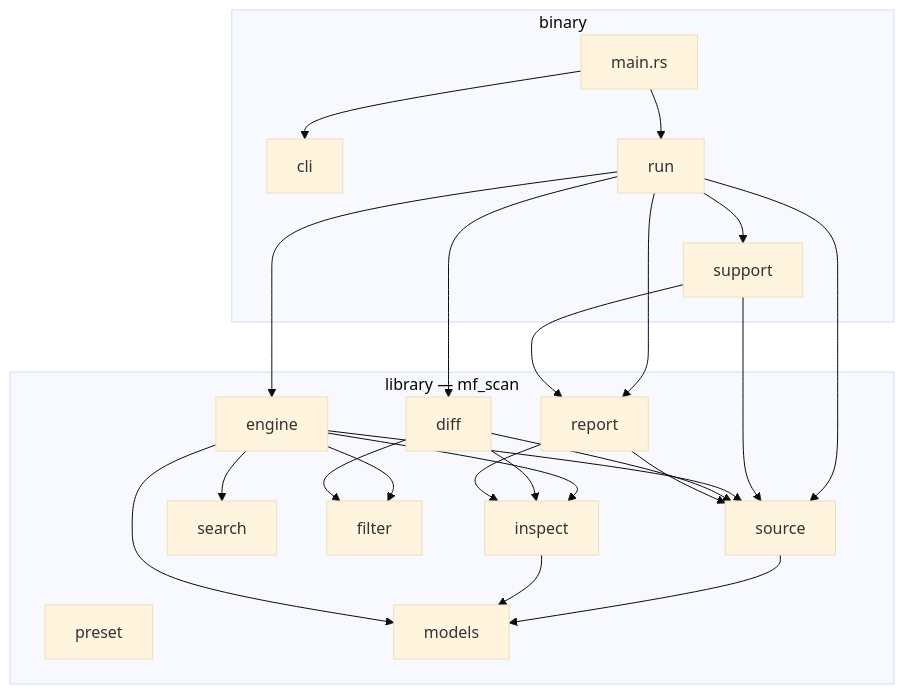
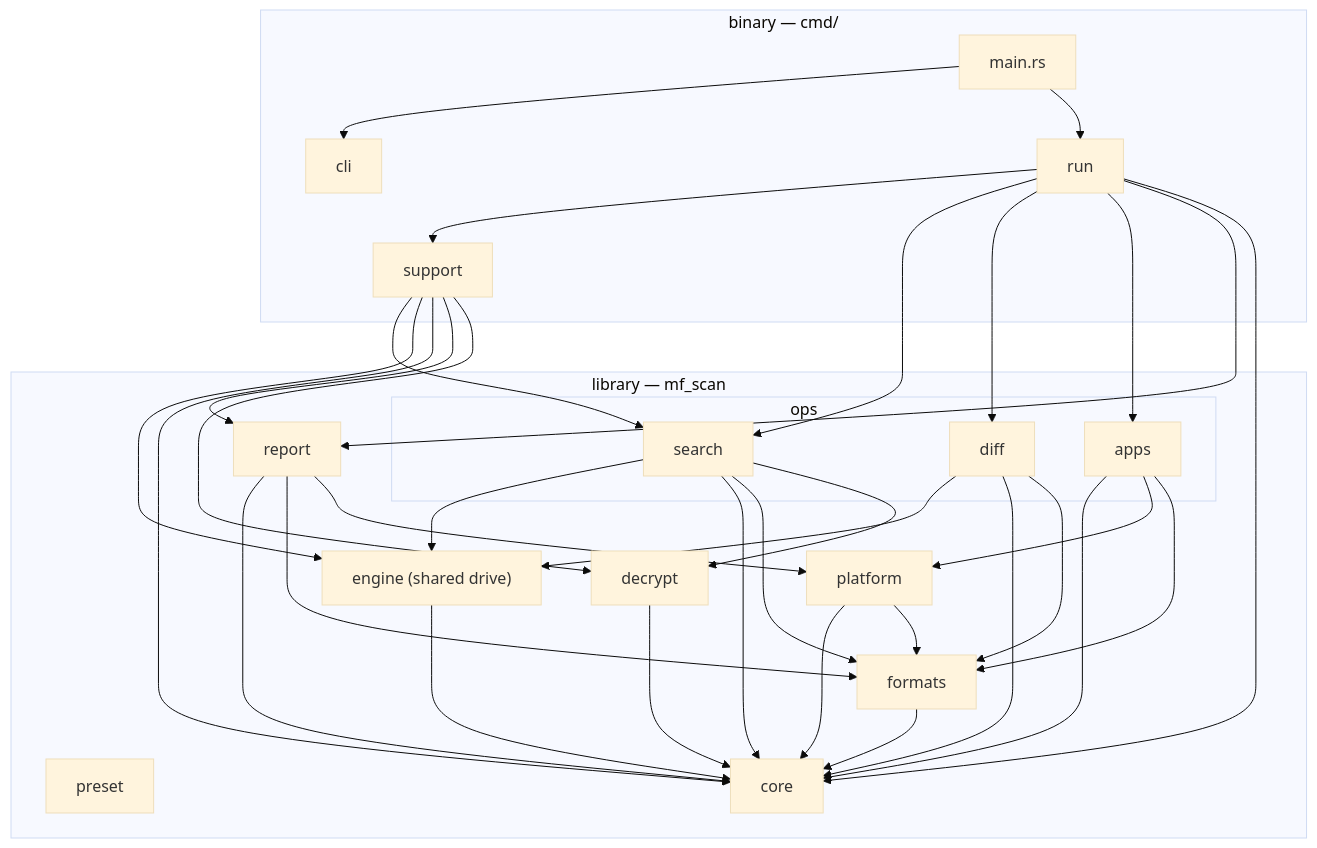
The first of 2 diagrams in docs/architecture.md (Ben0x0a/mf-scan), drawn with Mermaid (base theme) before and after one commit. The commit also changed other lines of this file and 198 other files, not shown here.

````diff
--- a/docs/architecture.md
+++ b/docs/architecture.md
@@ -77,37 +91,50 @@
 ```mermaid
 flowchart TD
-    subgraph binary
+    subgraph binary["binary — cmd/"]
         main[main.rs] --> cli
         main --> run
         run --> support
     end
     subgraph library["library — mf_scan"]
-        engine
-        diff
-        source
-        search
-        filter
-        inspect
+        engine["engine (shared drive)"]
+        subgraph ops["ops"]
+            search["search"]
+            diff["diff"]
+            apps["apps"]
+        end
+        formats
         report
         preset
-        models
+        decrypt
+        platform
+        core
     end
-    run --> engine
+    run --> search
     run --> diff
+    run --> apps
     run --> report
-    run --> source
-    support --> source
+    run --> core
+    support --> search
+    support --> engine
+    support --> core
     support --> report
-    engine --> source
-    engine --> search
-    engine --> filter
-    engine --> inspect
-    diff --> source
-    diff --> filter
-    diff --> inspect
-    report --> source
-    report --> inspect
-    source --> models
-    inspect --> models
-    engine --> models
+    support --> decrypt
+    engine --> core
+    search --> engine
+    search --> core
+    search --> formats
+    search --> decrypt
+    diff --> engine
+    diff --> core
+    diff --> formats
+    apps --> core
+    apps --> platform
+    apps --> formats
+    report --> core
+    report --> formats
+    report --> platform
+    platform --> core
+    platform --> formats
+    formats --> core
+    decrypt --> core
 ```
````
